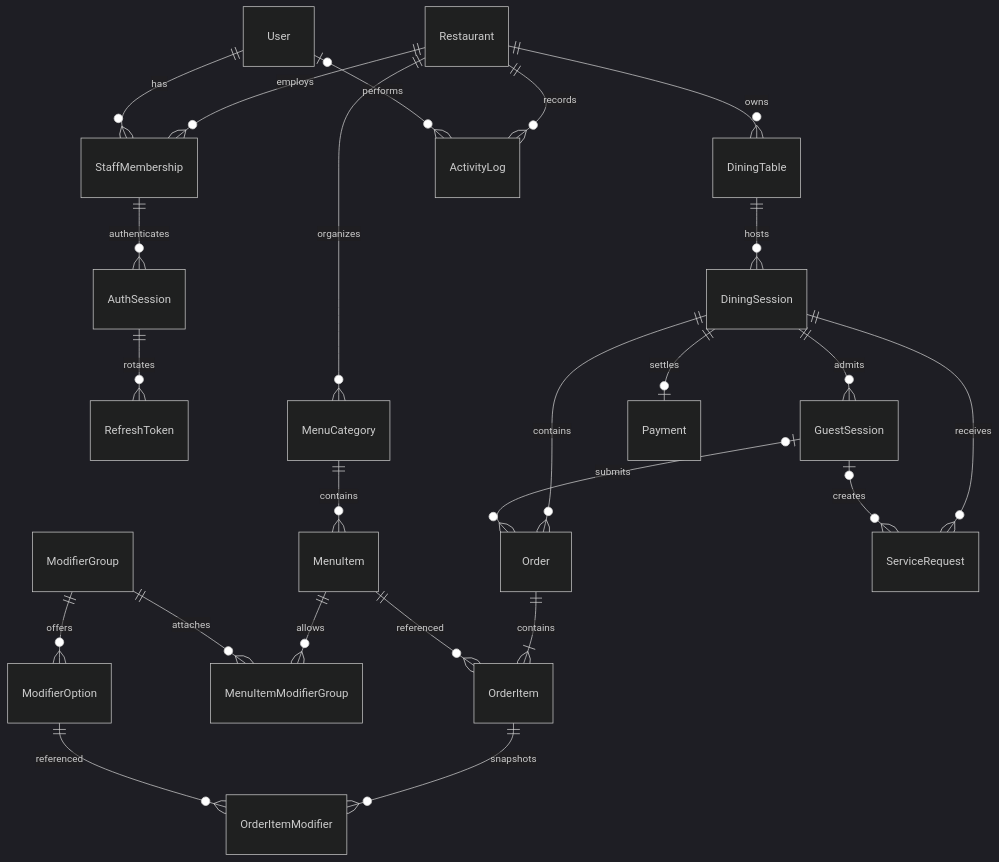
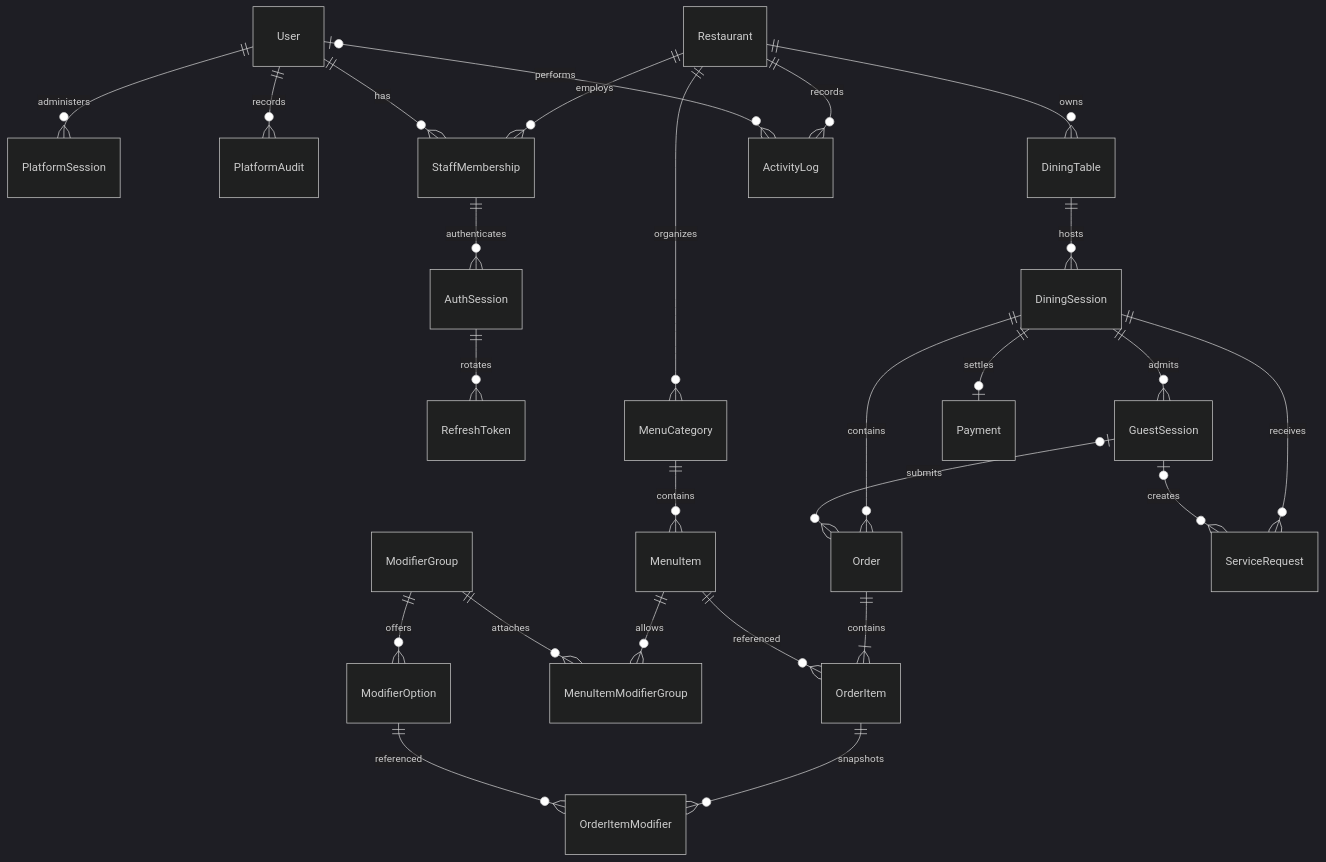
Before and after one commit to itzBaowy/DineFlow: the diagram in docs/database.md, drawn with Mermaid (dark theme). The commit also changed other lines of this file and 7 other files, not shown here.

````diff
--- a/docs/database.md
+++ b/docs/database.md
@@ -5,26 +7,28 @@
 ```mermaid
 erDiagram
+  User ||--o{ PlatformSession : administers
+  User ||--o{ PlatformAudit : records
   Restaurant ||--o{ StaffMembership : employs
   User ||--o{ StaffMembership : has
   StaffMembership ||--o{ AuthSession : authenticates
   AuthSession ||--o{ RefreshToken : rotates
   Restaurant ||--o{ DiningTable : owns
   DiningTable ||--o{ DiningSession : hosts
   DiningSession ||--o{ GuestSession : admits
   DiningSession ||--o{ Order : contains
   GuestSession o|--o{ Order : submits
   Order ||--|{ OrderItem : contains
   OrderItem ||--o{ OrderItemModifier : snapshots
   Restaurant ||--o{ MenuCategory : organizes
   MenuCategory ||--o{ MenuItem : contains
   MenuItem ||--o{ MenuItemModifierGroup : allows
   ModifierGroup ||--o{ MenuItemModifierGroup : attaches
   ModifierGroup ||--o{ ModifierOption : offers
   MenuItem ||--o{ OrderItem : referenced
   ModifierOption ||--o{ OrderItemModifier : referenced
   DiningSession ||--o| Payment : settles
   DiningSession ||--o{ ServiceRequest : receives
   GuestSession o|--o{ ServiceRequest : creates
   Restaurant ||--o{ ActivityLog : records
   User o|--o{ ActivityLog : performs
 ```
````
